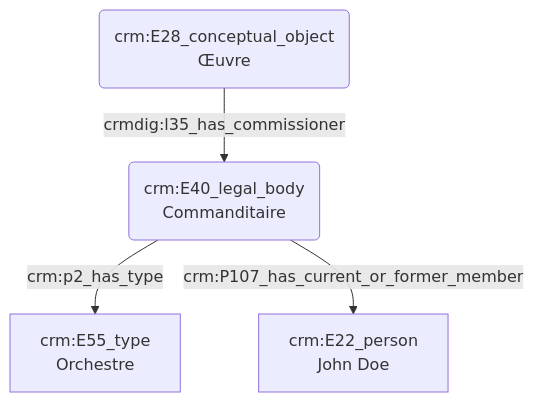
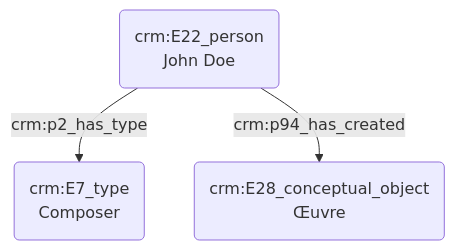
Before and after one commit to Amleth/consortium-musica2-gt2-ontologies: the diagram in modules/livrables/Dossier 2/Indexation conceptuelle/dédicataire d'une œuvre.md, drawn with Mermaid.

Commit message:
Update dédicataire d'une œuvre.md

````diff
--- a/modules/livrables/Dossier 2/Indexation conceptuelle/dédicataire d'une œuvre.md
+++ b/modules/livrables/Dossier 2/Indexation conceptuelle/dédicataire d'une œuvre.md
@@ -13,8 +13,7 @@
 ```mermaid
 graph TD;
 
-A(crm:E28_conceptual_object<br>Œuvre) --> |crmdig:l35_has_commissioner| B(crm:E40_legal_body<br>Commanditaire)
-B(crm:E40_legal_body<br>Commanditaire) --> |crm:p2_has_type| C[crm:E55_type<br>Orchestre]
-B(crm:E40_legal_body<br>Commanditaire) --> |crm:P107_has_current_or_former_member| D[crm:E22_person<br>John Doe]
+A(crm:E22_person<br>John Doe) --> |crm:p2_has_type| B(crm:E7_type<br>Composer)
+A(crm:E22_person<br>John Doe) --> |crm:p94_has_created| C(crm:E28_conceptual_object<br>Œuvre)
 
 ```
````
